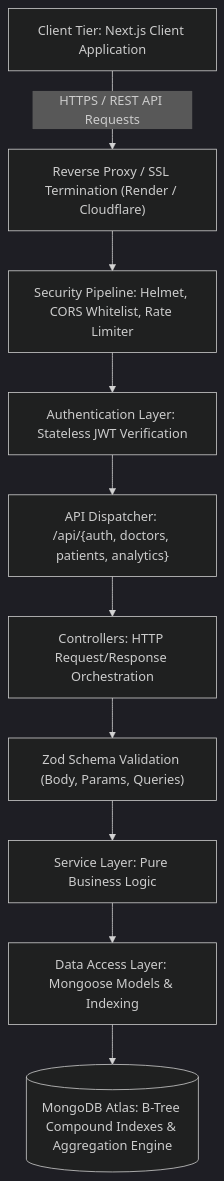
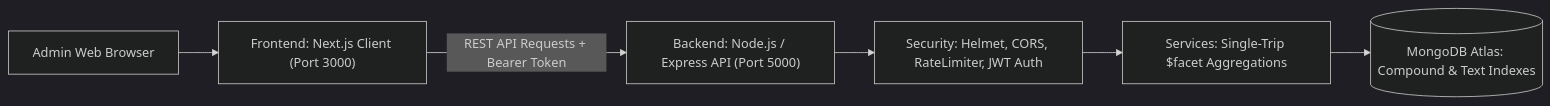
One commit to al-rasels/doctor-tracker-core changed the diagram in README.md. Above: the diagram before and after it, drawn with Mermaid (dark theme). The commit also changed other lines of this file and 60 other files, not shown here.

Commit message:
feat: restructure into modular monolith with separate Next.js frontend and Node.js Express backend

````diff
--- a/README.md
+++ b/README.md
@@ -85,12 +121,8 @@
 ```mermaid
-flowchart TD
-    Client["Client Tier: Next.js Client Application"] -->|HTTPS / REST API Requests| Edge["Reverse Proxy / SSL Termination (Render / Cloudflare)"]
-    Edge --> Security["Security Pipeline: Helmet, CORS Whitelist, Rate Limiter"]
-    Security --> Auth["Authentication Layer: Stateless JWT Verification"]
-    Auth --> Router["API Dispatcher: /api/{auth, doctors, patients, analytics}"]
-    Router --> Controller["Controllers: HTTP Request/Response Orchestration"]
-    Controller --> Validation["Zod Schema Validation (Body, Params, Queries)"]
-    Validation --> Service["Service Layer: Pure Business Logic"]
-    Service --> DAL["Data Access Layer: Mongoose Models & Indexing"]
-    DAL --> DB[("MongoDB Atlas: B-Tree Compound Indexes & Aggregation Engine")]
+flowchart LR
+    Browser["Admin Web Browser"] --> NextClient["Frontend: Next.js Client (Port 3000)"]
+    NextClient -->|REST API Requests + Bearer Token| ExpressAPI["Backend: Node.js / Express API (Port 5000)"]
+    ExpressAPI --> Security["Security: Helmet, CORS, RateLimiter, JWT Auth"]
+    Security --> Aggregation["Services: Single-Trip $facet Aggregations"]
+    Aggregation --> Mongo[("MongoDB Atlas: Compound & Text Indexes")]
 ```
````
